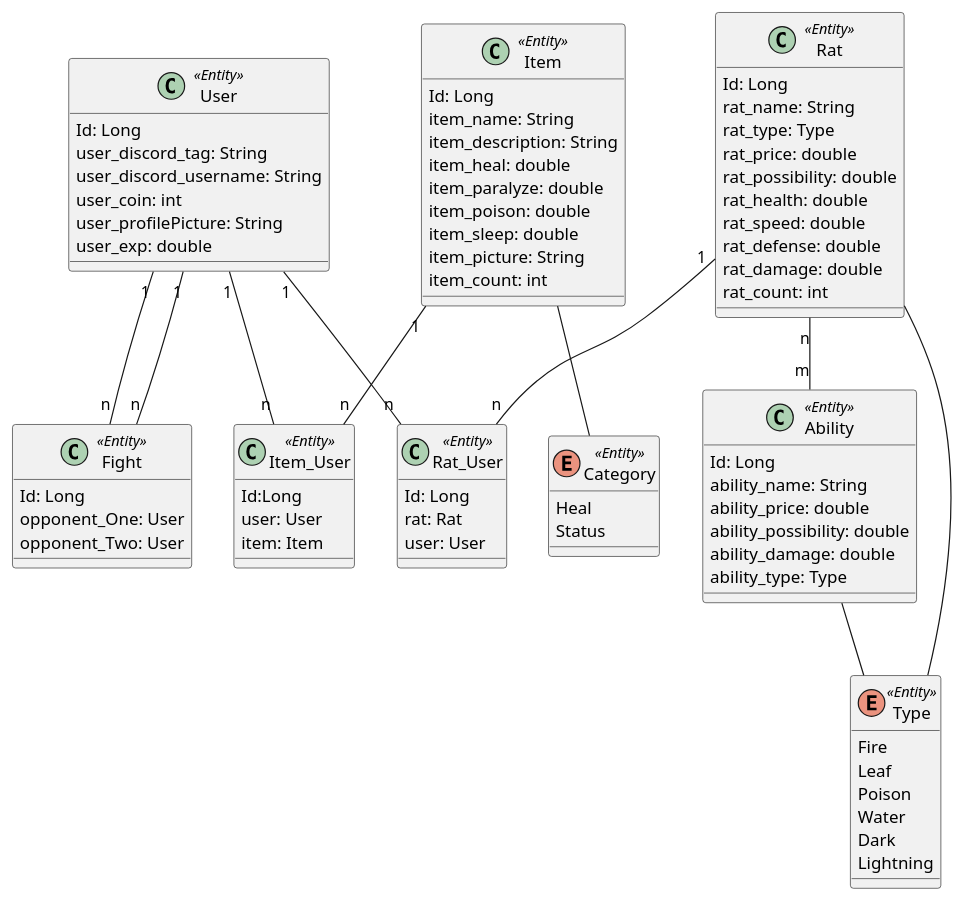
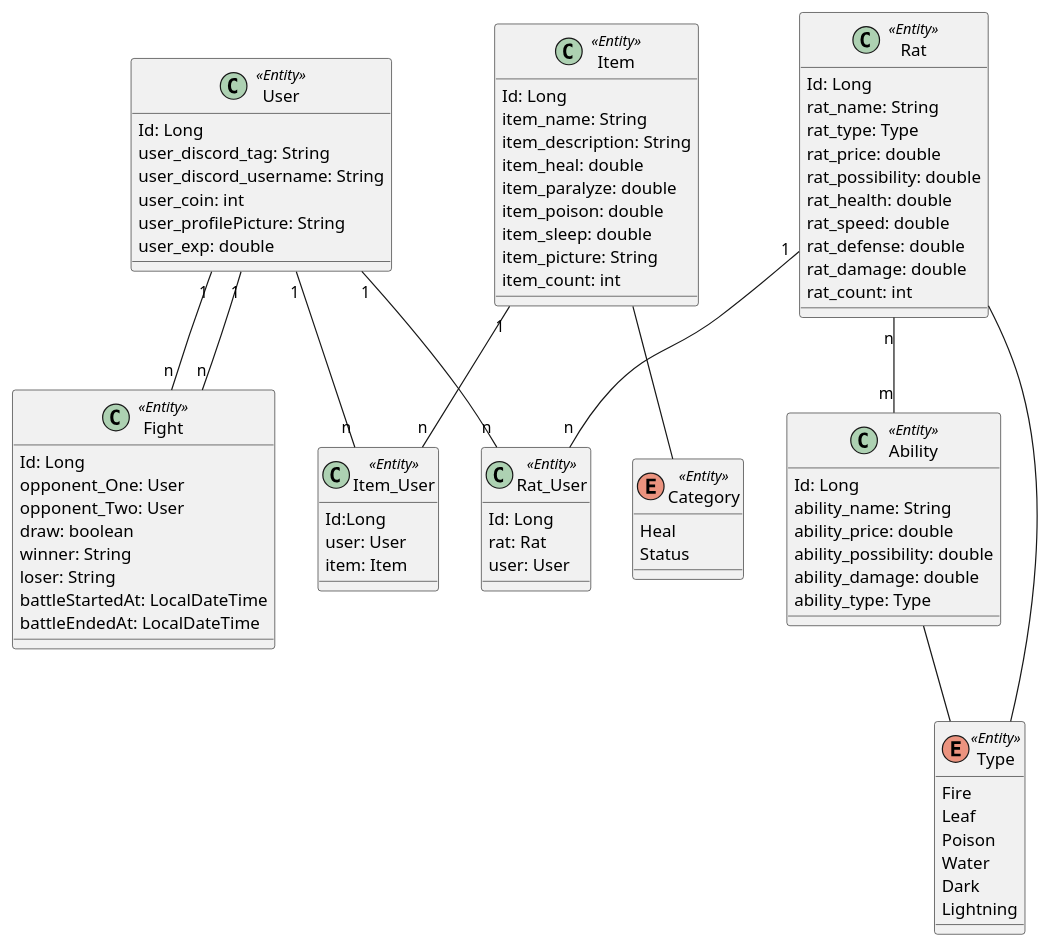
One commit to La-Espada/SewerRats-RestApi changed the diagram in SewerRats-App/sewerrats-app.puml. Above: the diagram before and after it, drawn with PlantUML. The commit also changed 9 other files, not shown here.

```diff
--- a/SewerRats-App/sewerrats-app.puml
+++ b/SewerRats-App/sewerrats-app.puml
@@ -1,94 +1,100 @@
 @startuml
 class User<<Entity>>{
     Id: Long
     user_discord_tag: String
     user_discord_username: String
     user_coin: int
     user_profilePicture: String
     user_exp: double
 }
 
 class Item<<Entity>>{
     Id: Long
     item_name: String
     item_description: String
     item_heal: double
     item_paralyze: double
     item_poison: double
     item_sleep: double
     item_picture: String
     item_count: int
 }
 
 
 class Item_User<<Entity>>{
     Id:Long
     user: User
     item: Item
 }
 
 class Rat<<Entity>>{
     Id: Long
     rat_name: String
     rat_type: Type
     rat_price: double
     rat_possibility: double
     rat_health: double
     rat_speed: double
     rat_defense: double
     rat_damage: double
     rat_count: int
 }
 
 class Rat_User<<Entity>>{
     Id: Long
     rat: Rat
     user: User
 }
 
 class Ability<<Entity>>{
     Id: Long
     ability_name: String
     ability_price: double
     ability_possibility: double
     ability_damage: double
     ability_type: Type
 }
 
 class Fight<<Entity>>{
     Id: Long
     opponent_One: User
     opponent_Two: User
+    draw: boolean
+    winner: String
+    loser: String
+    battleStartedAt: LocalDateTime
+    battleEndedAt: LocalDateTime
+
 }
 
 enum Type<<Entity>>{
 Fire
 Leaf
 Poison
 Water
 Dark
 Lightning
 }
 
 enum Category<<Entity>>{
 Heal
 Status
 }
 
 
 User "1" -- "n" Rat_User
 Rat "1" -- "n" Rat_User
 User "1" -- "n" Item_User
 Item "1" -- "n" Item_User
 User "1" -- "n" Fight
 Fight "n" -- "1" User
 Rat "n" -- "m" Ability
 Rat -- Type
 Ability -- Type
 Item -- Category
 
 
 
 
 
 @enduml
```
